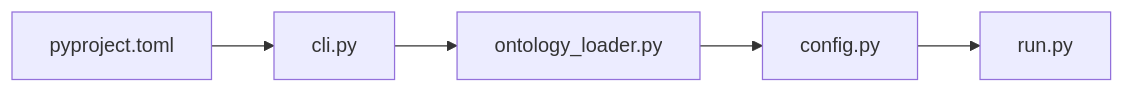
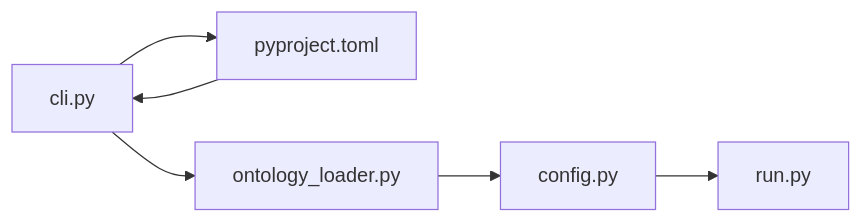
The second of 3 diagrams in docs/startup-cli-py-126eba90.md (norandom/DocuHarnessX), drawn with Mermaid before and after one commit. The commit also changed 12 other files, not shown here.

````diff
--- a/docs/startup-cli-py-126eba90.md
+++ b/docs/startup-cli-py-126eba90.md
@@ -37,12 +37,13 @@
 ```mermaid
 flowchart LR
-  n0["pyproject.toml"]
-  n1["cli.py"]
+  n0["cli.py"]
+  n1["pyproject.toml"]
   n2["ontology_loader.py"]
   n3["config.py"]
   n4["run.py"]
   n0 --> n1
-  n1 --> n2
+  n1 --> n0
+  n0 --> n2
   n2 --> n3
   n3 --> n4
 ```
````
